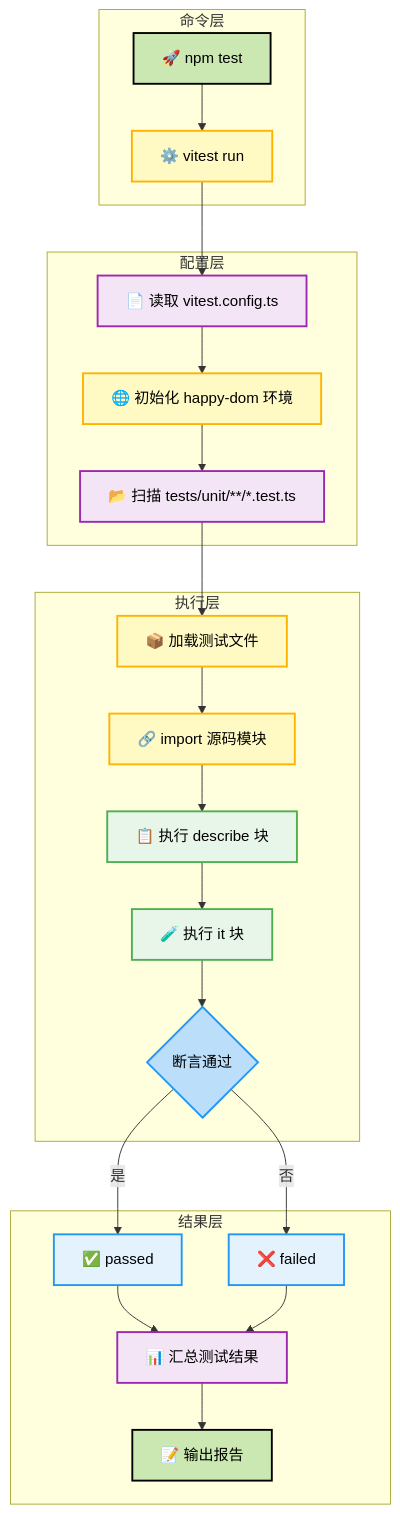
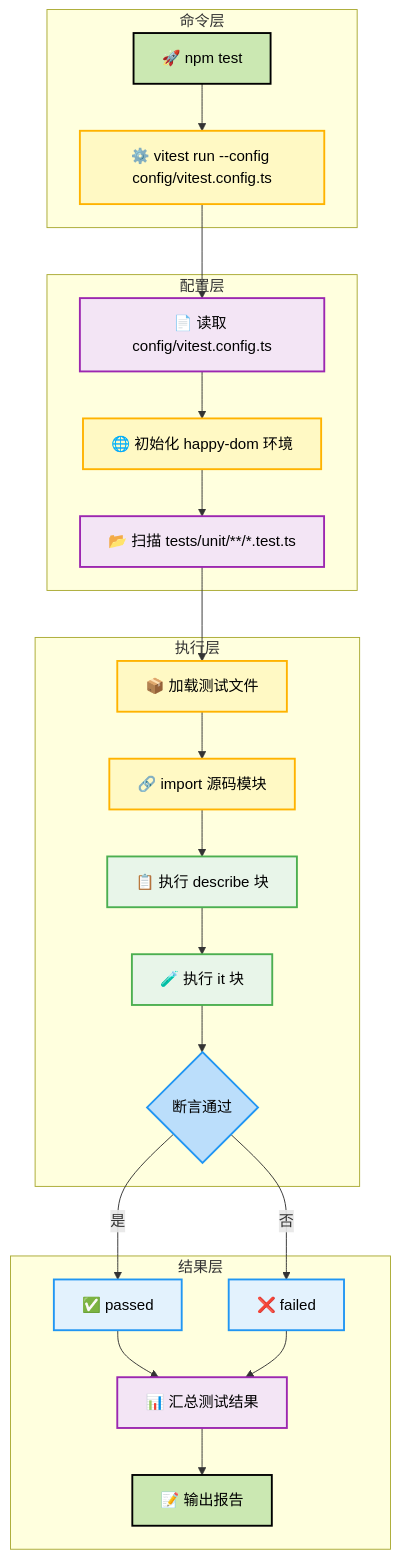
The first of 9 diagrams in docs/TESTING_WORKFLOW.md (yuukiLike/iframe-link), drawn with Mermaid before and after one commit. The commit also changed other lines of this file and 31 other files, not shown here.

````diff
--- a/docs/TESTING_WORKFLOW.md
+++ b/docs/TESTING_WORKFLOW.md
@@ -11,45 +11,45 @@
 ```mermaid
 flowchart TD
     subgraph 命令层
         A[🚀 npm test]:::startNode
-        B[⚙️ vitest run]:::apiCall
+        B[⚙️ vitest run --config config/vitest.config.ts]:::apiCall
     end
 
     subgraph 配置层
-        C[📄 读取 vitest.config.ts]:::dataDisplay
+        C[📄 读取 config/vitest.config.ts]:::dataDisplay
         D[🌐 初始化 happy-dom 环境]:::apiCall
         E[📂 扫描 tests/unit/**/*.test.ts]:::dataDisplay
     end
 
     subgraph 执行层
         F[📦 加载测试文件]:::apiCall
         G[🔗 import 源码模块]:::apiCall
         H[📋 执行 describe 块]:::userAction
         I[🧪 执行 it 块]:::userAction
         J{断言通过}:::condition
     end
 
     subgraph 结果层
         K[✅ passed]:::statusDisplay
         L[❌ failed]:::statusDisplay
         M[📊 汇总测试结果]:::dataDisplay
         N[📝 输出报告]:::endNode
     end
 
     A --> B
     B --> C --> D --> E
     E --> F --> G --> H --> I --> J
     J -->|是| K
     J -->|否| L
     K --> M
     L --> M
     M --> N
 
     classDef startNode fill:#CBE8B2,stroke:#000,stroke-width:2px,color:#000
     classDef endNode fill:#CBE8B2,stroke:#000,stroke-width:2px,color:#000
     classDef apiCall fill:#FFF9C4,stroke:#FFB300,stroke-width:2px,color:#000
     classDef dataDisplay fill:#F3E5F5,stroke:#9C27B0,stroke-width:2px,color:#000
     classDef userAction fill:#E8F5E9,stroke:#4CAF50,stroke-width:2px,color:#000
     classDef statusDisplay fill:#E3F2FD,stroke:#2196F3,stroke-width:2px,color:#000
     classDef condition fill:#BBDEFB,stroke:#2196F3,stroke-width:2px,color:#000
 ```
````
